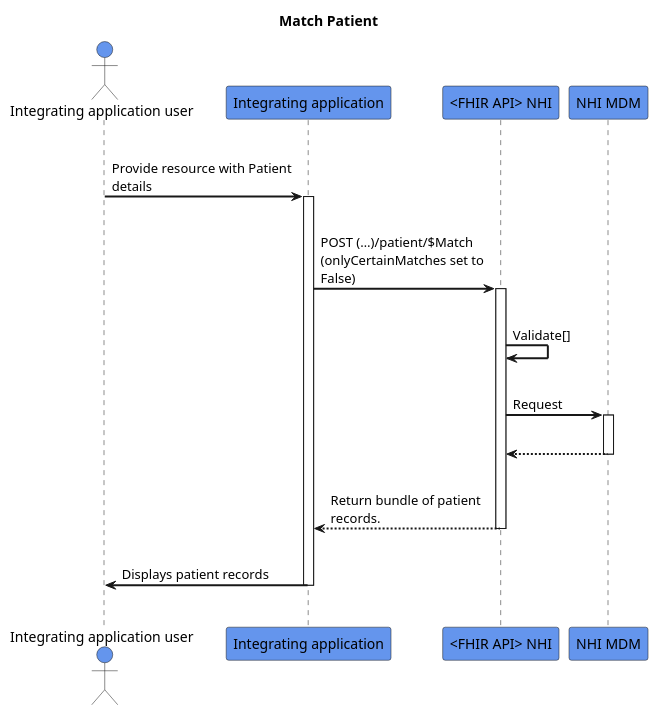
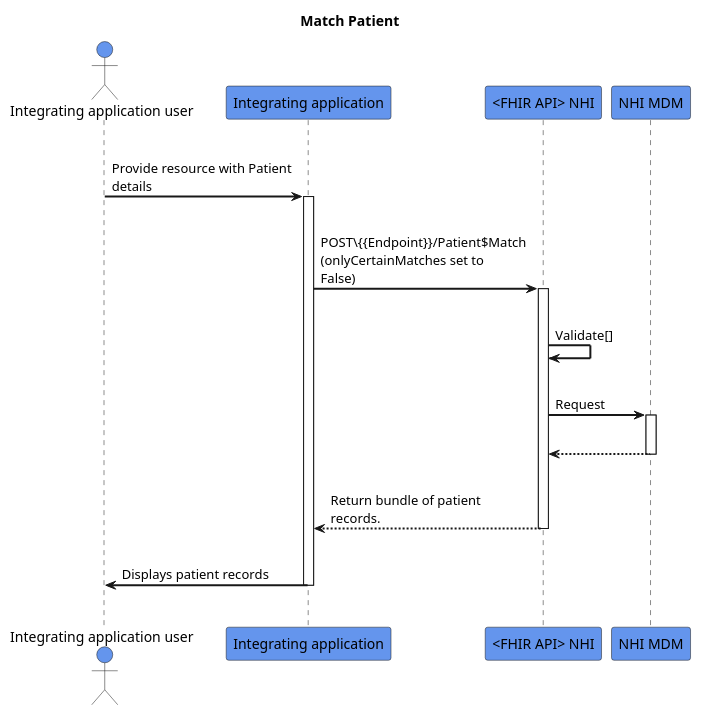
One commit to HL7NZ/nhi changed the diagram in input/images-source/match-patient.plantuml. Above: the diagram before and after it, drawn with PlantUML.

```diff
--- a/input/images-source/match-patient.plantuml
+++ b/input/images-source/match-patient.plantuml
@@ -1,33 +1,33 @@
 @startuml
 skinparam sequenceArrowThickness 2
 skinparam roundcorner 5
 skinparam maxmessagesize 180
 skinparam sequenceParticipant bold
 title Match Patient
 actor "Integrating application user" as User #CornflowerBlue
 participant "Integrating application" as A #CornflowerBlue
 participant "<FHIR API> NHI" as B #CornflowerBlue
 participant "NHI MDM" as C #CornflowerBlue
 |||
 User -> A: Provide resource with Patient details
 activate A
 |||
-A -> B: POST (…)/patient/$Match (onlyCertainMatches set to False)
+A -> B: POST\{{Endpoint}}/Patient$Match (onlyCertainMatches set to False)
 activate B
 |||
 B -> B: Validate[]
 |||
 B -> C: Request
 activate C
 |||
 
 C -[dashed]-> B:  
 deactivate C
 |||
 B -[dashed]-> A :Return bundle of patient records.
 deactivate B
 |||
 A -> User: Displays patient records
 deactivate A
 |||
 @enduml
```
